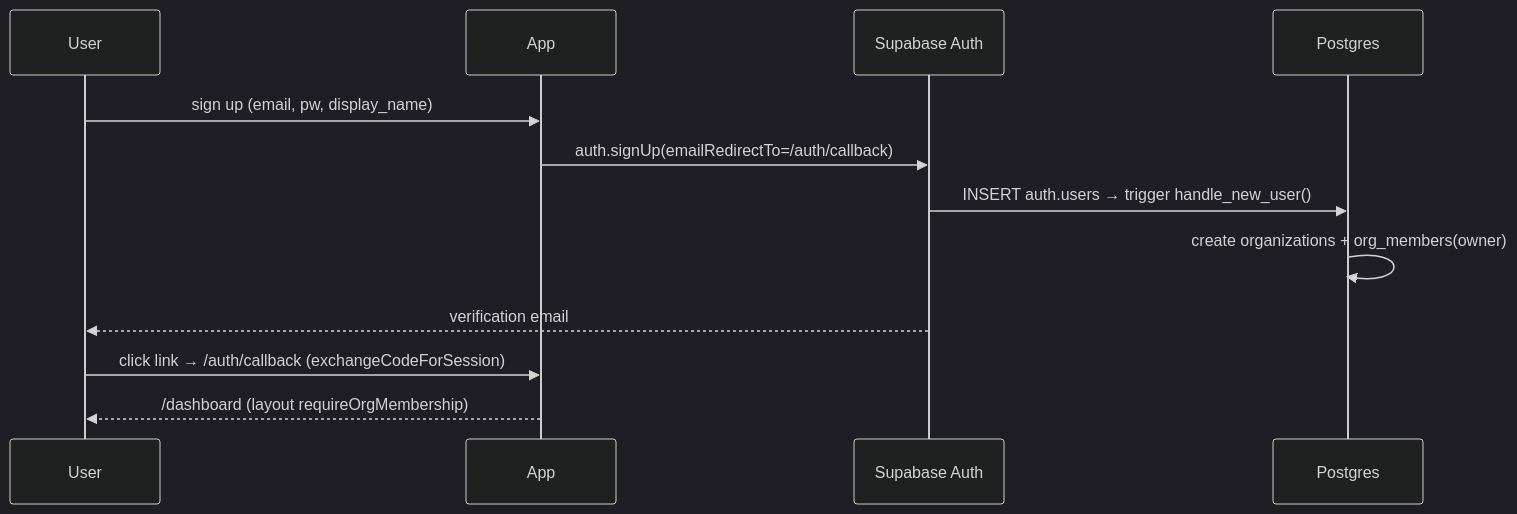
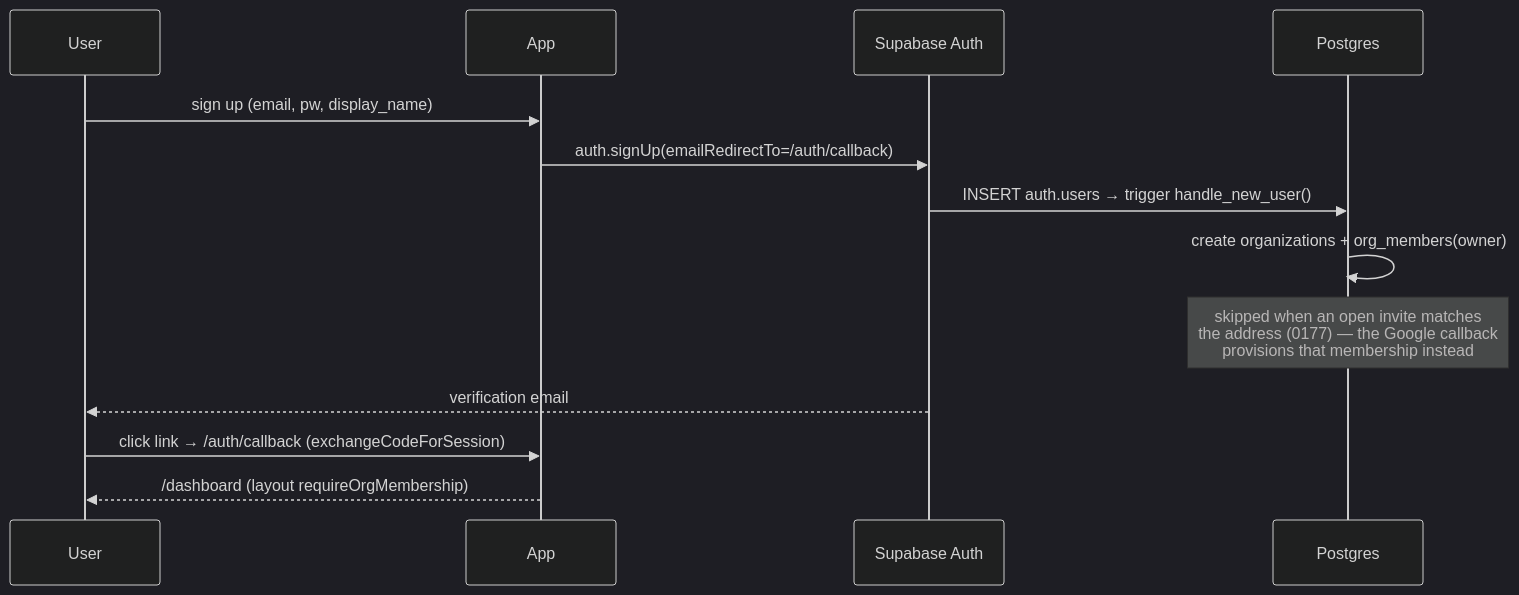
Before and after one commit to DemianMoor/camman: the first of 20 diagrams in docs/05-flows.md, drawn with Mermaid (dark theme). The commit also changed other lines of this file and 10 other files, not shown here.

````diff
--- a/docs/05-flows.md
+++ b/docs/05-flows.md
@@ -10,14 +10,15 @@
 ```mermaid
 sequenceDiagram
   participant U as User
   participant App
   participant SB as Supabase Auth
   participant DB as Postgres
   U->>App: sign up (email, pw, display_name)
   App->>SB: auth.signUp(emailRedirectTo=/auth/callback)
   SB->>DB: INSERT auth.users → trigger handle_new_user()
   DB->>DB: create organizations + org_members(owner)
+  Note over DB: skipped when an open invite matches<br/>the address (0177) — the Google callback<br/>provisions that membership instead
   SB-->>U: verification email
   U->>App: click link → /auth/callback (exchangeCodeForSession)
   App-->>U: /dashboard (layout requireOrgMembership)
 ```
````
